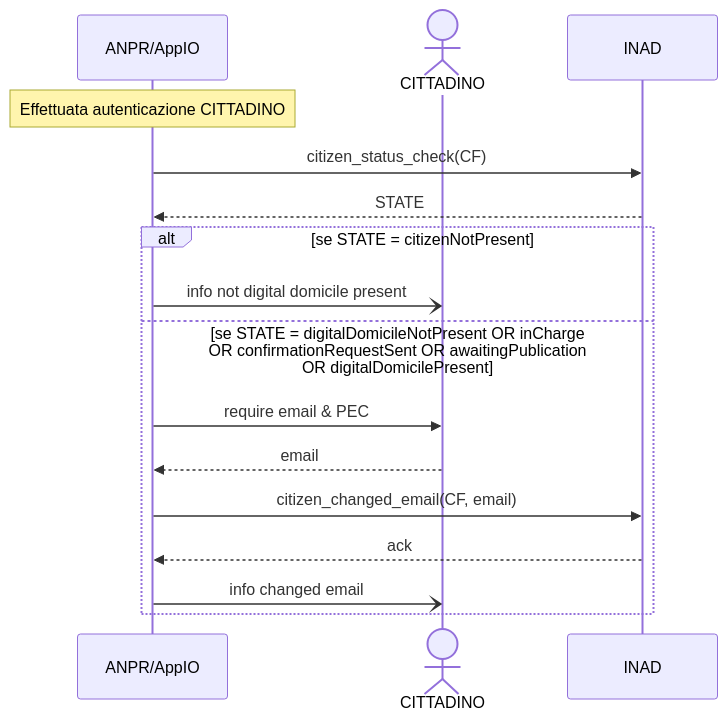
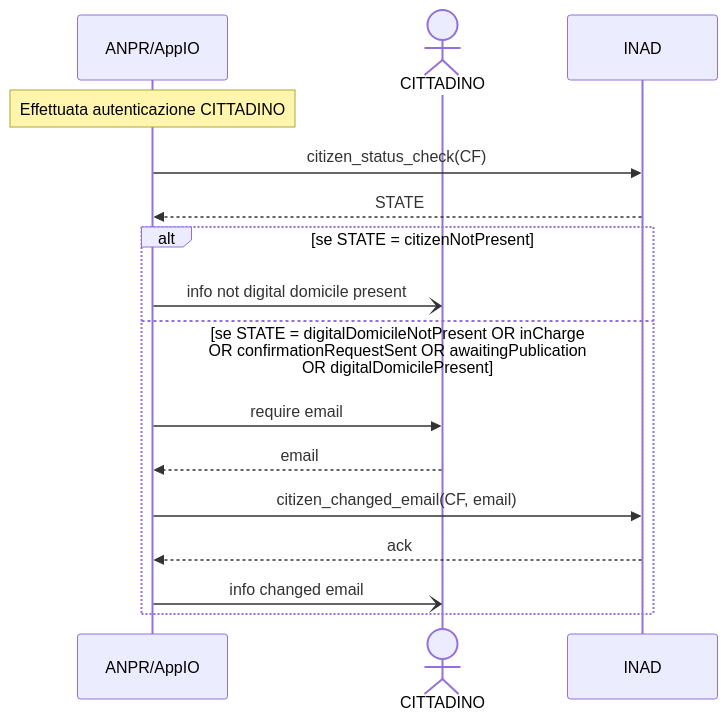
The diagram in mermind/UC008.md (ioggstream/verify_integration_INAD_with_ANPR-IO), drawn with Mermaid before and after one commit.

Commit message:
fixing decisions meeting 24/02/2022

````diff
--- a/mermind/UC008.md
+++ b/mermind/UC008.md
@@ -3,24 +3,24 @@
 ```mermaid
 sequenceDiagram
   participant A as ANPR/AppIO
   actor C as CITTADINO
   participant I as INAD
 
   Note over A: Effettuata autenticazione CITTADINO
 
   A ->> I: citizen_status_check(CF)
   I -->> A: STATE
 
   alt se STATE = citizenNotPresent 
     A -) C: info not digital domicile present
 
   else se STATE = digitalDomicileNotPresent OR inCharge OR confirmationRequestSent OR awaitingPublication OR digitalDomicilePresent    
-    A ->> C: require email & PEC
+    A ->> C: require email
     C -->> A: email 
     A ->> I: citizen_changed_email(CF, email)
     I -->> A: ack
     A -) C: info changed email
 
   end
 
   ```
````
